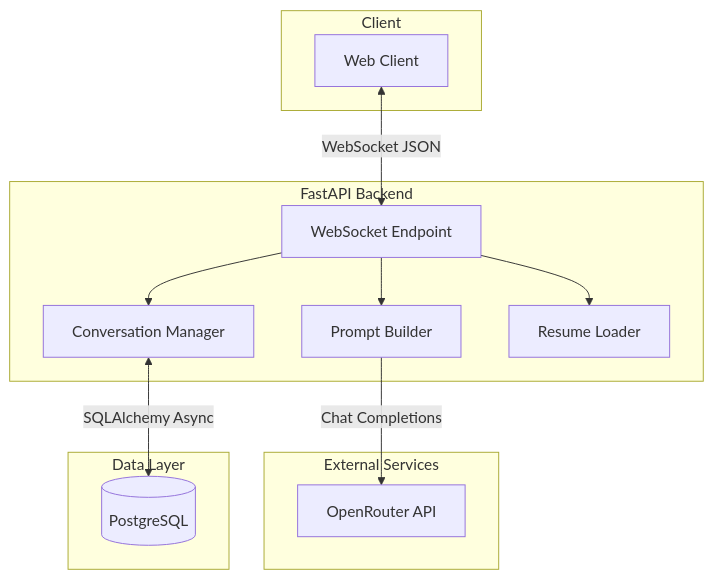
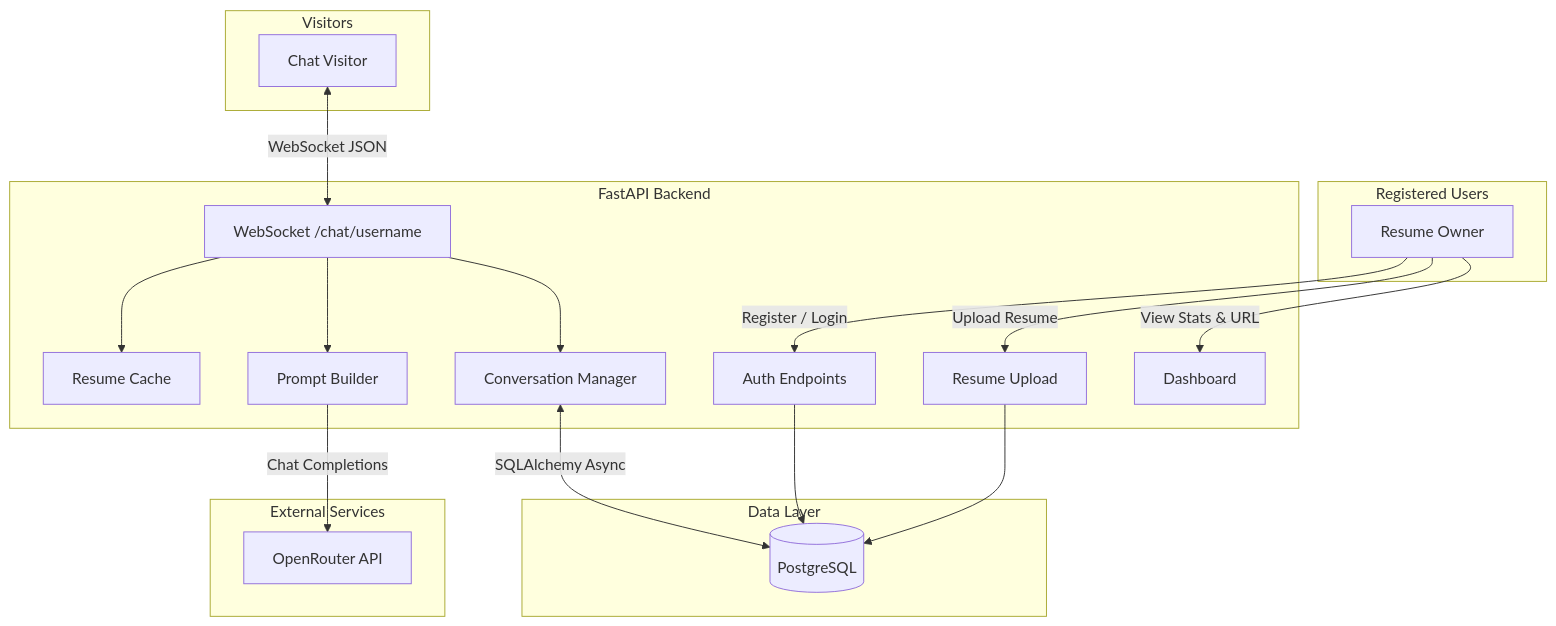
One commit to averhaven/resume-chatbot changed the first of 2 diagrams in README.md. Above: the diagram before and after it, drawn with Mermaid. The commit also changed other lines of this file and 1 other file, not shown here.

First line of the commit message:
docs: update README and CLAUDE.md for multi-tenant resume feature

````diff
--- a/README.md
+++ b/README.md
@@ -33,28 +40,40 @@
 ```mermaid
 graph TB
-    subgraph Client
-        WC[Web Client]
+    subgraph Visitors
+        VC[Chat Visitor]
+    end
+
+    subgraph "Registered Users"
+        RU[Resume Owner]
     end
 
     subgraph "FastAPI Backend"
-        WS[WebSocket Endpoint]
+        AUTH[Auth Endpoints]
+        RES[Resume Upload]
+        DASH[Dashboard]
+        WS[WebSocket /chat/username]
         PM[Prompt Builder]
         CM[Conversation Manager]
-        RL[Resume Loader]
+        RC[Resume Cache]
     end
 
     subgraph "External Services"
         OR[OpenRouter API]
     end
 
     subgraph "Data Layer"
         PG[(PostgreSQL)]
     end
 
-    WC <-->|WebSocket JSON| WS
+    RU -->|Register / Login| AUTH
+    RU -->|Upload Resume| RES
+    RU -->|View Stats & URL| DASH
+    VC <-->|WebSocket JSON| WS
+    WS --> RC
     WS --> PM
     WS --> CM
-    WS --> RL
     PM -->|Chat Completions| OR
     CM <-->|SQLAlchemy Async| PG
+    RES --> PG
+    AUTH --> PG
 ```
````
